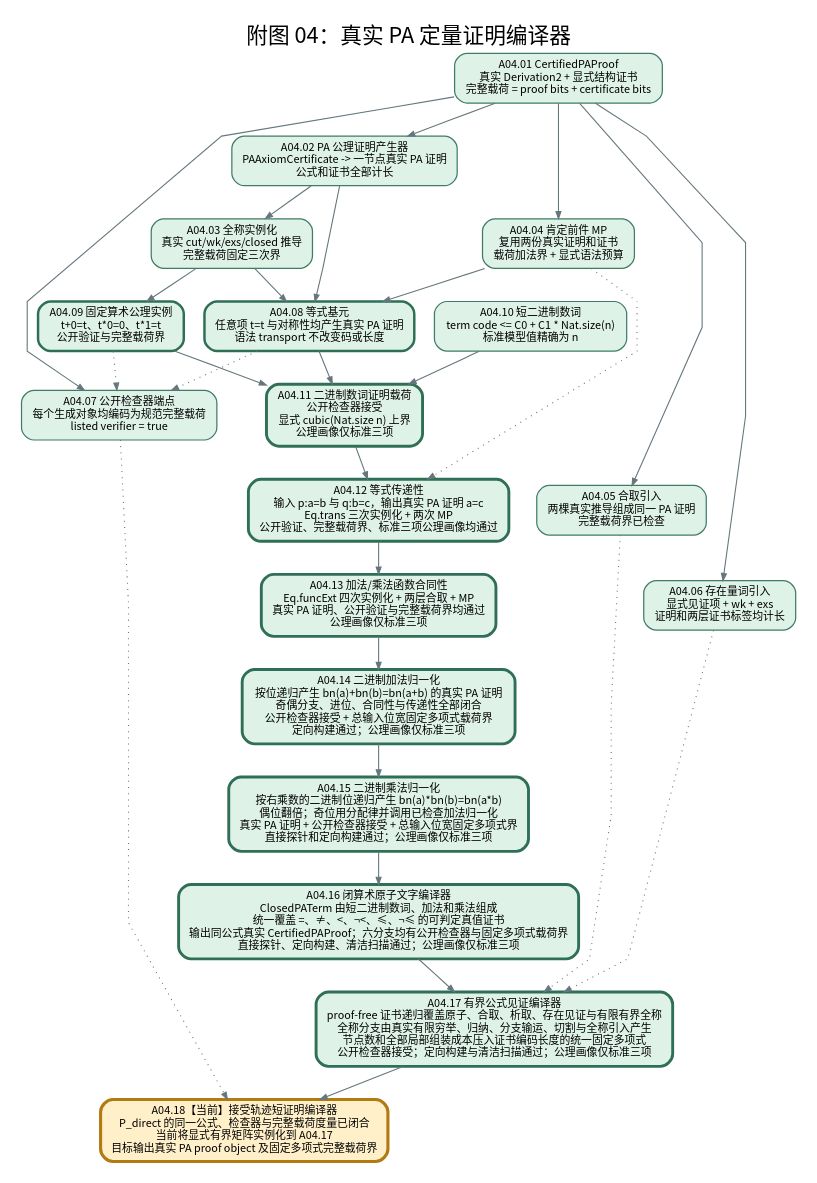
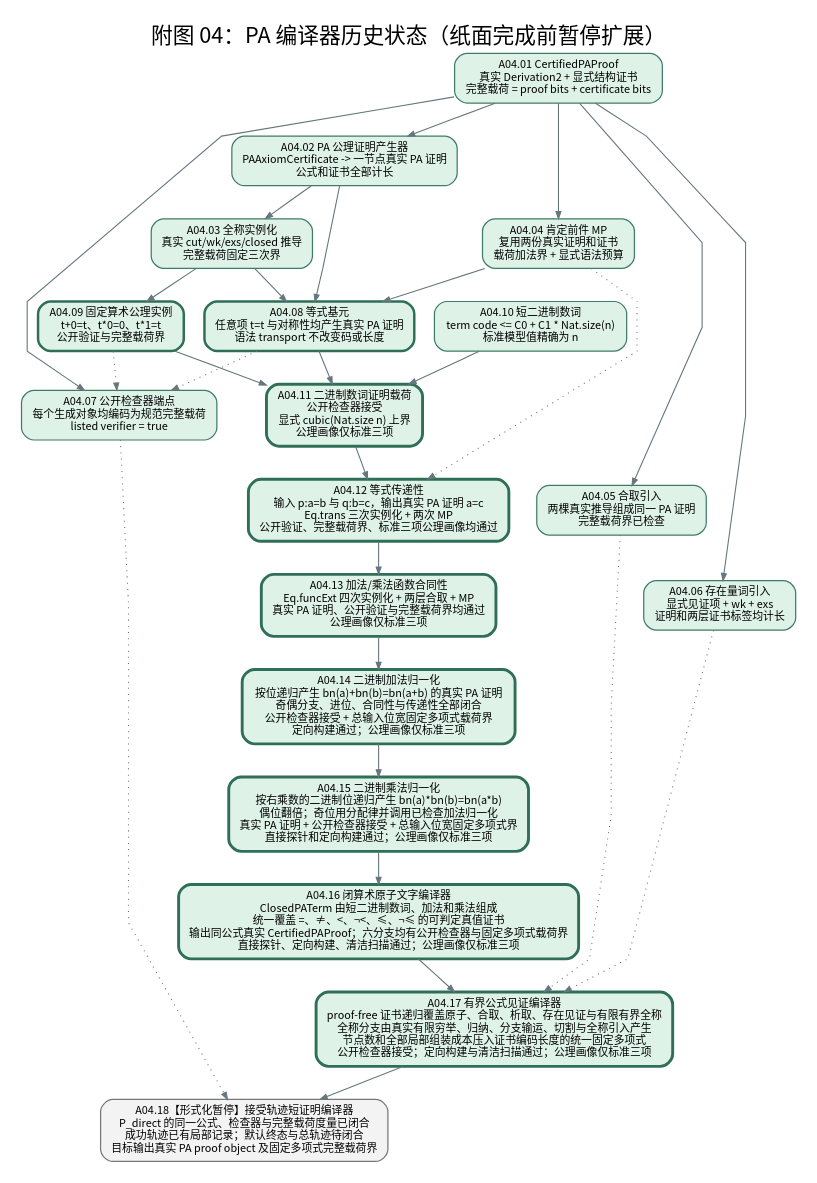
The diagram in docs/checked_minproof_appendix_04_pa_quantitative_compiler_zh.dot (james130012/sondow-pudlak-collision-box), drawn with Graphviz before and after one commit. The commit also changed 290 other files, not shown here.

```diff
--- a/docs/checked_minproof_appendix_04_pa_quantitative_compiler_zh.dot
+++ b/docs/checked_minproof_appendix_04_pa_quantitative_compiler_zh.dot
@@ -1,187 +1,187 @@
 digraph PAQuantitativeCompilerAppendix {
   graph [
     rankdir=TB,
     bgcolor="white",
     splines=polyline,
     nodesep="0.28",
     ranksep="0.44",
     pad="0.18",
     size="11,16!",
     ratio=compress,
     fontname="Noto Sans CJK SC",
     fontsize=21,
-    label="附图 04：真实 PA 定量证明编译器",
+    label="附图 04：PA 编译器历史状态（纸面完成前暂停扩展）",
     labelloc="t"
   ];
   node [shape=box, style="rounded,filled", fontname="Noto Sans CJK SC",
     fontsize=10.5, color="#526d75", fillcolor="#f3f3f3",
     margin="0.14,0.09", penwidth=1.2];
   edge [fontname="Noto Sans CJK SC", fontsize=8.5, color="#65777d",
     arrowsize=0.68, penwidth=1.05];
 
   honest [
     node_id="A04.01", status="done",
     endpoint_theorem="CertifiedPAProof.payloadLength_eq",
     source="integration/FoundationCompactPAQuantitativeCompilerCore.lean",
     appendix="04", next_obligation="none",
     label="A04.01 CertifiedPAProof\n真实 Derivation2 + 显式结构证书\n完整载荷 = proof bits + certificate bits",
     fillcolor="#dff2e8", color="#3f7c66"
   ];
   axiom_node [
     node_id="A04.02", status="done",
     endpoint_theorem="CertifiedPAProof.ofAxiom_payloadLength_le",
     source="integration/FoundationCompactPAQuantitativeCompilerCore.lean",
     appendix="04", next_obligation="none",
     label="A04.02 PA 公理证明产生器\nPAAxiomCertificate -> 一节点真实 PA 证明\n公式和证书全部计长",
     fillcolor="#dff2e8", color="#3f7c66"
   ];
   specialize_node [
     node_id="A04.03", status="done",
     endpoint_theorem="CertifiedPAProof.specialize_payloadLength_le_cost",
     source="integration/FoundationCompactPAQuantitativeCompilerCore.lean",
     appendix="04", next_obligation="none",
     label="A04.03 全称实例化\n真实 cut/wk/exs/closed 推导\n完整载荷固定三次界",
     fillcolor="#dff2e8", color="#3f7c66"
   ];
   mp_node [
     node_id="A04.04", status="done",
     endpoint_theorem="CertifiedPAProof.modusPonens_payloadLength_le",
     source="integration/FoundationCompactPAQuantitativeCompilerCore.lean",
     appendix="04", next_obligation="none",
     label="A04.04 肯定前件 MP\n复用两份真实证明和证书\n载荷加法界 + 显式语法预算",
     fillcolor="#dff2e8", color="#3f7c66"
   ];
   conjunction_node [
     node_id="A04.05", status="done",
     endpoint_theorem="CertifiedPAProof.conjunction_payloadLength_le",
     source="integration/FoundationCompactPAQuantitativeCompilerCore.lean",
     appendix="04", next_obligation="none",
     label="A04.05 合取引入\n两棵真实推导组成同一 PA 证明\n完整载荷界已检查",
     fillcolor="#dff2e8", color="#3f7c66"
   ];
   exists_node [
     node_id="A04.06", status="done",
     endpoint_theorem="CertifiedPAProof.existsIntro_payloadLength_le",
     source="integration/FoundationCompactPAQuantitativeCompilerCore.lean",
     appendix="04", next_obligation="none",
     label="A04.06 存在量词引入\n显式见证项 + wk + exs\n证明和两层证书标签均计长",
     fillcolor="#dff2e8", color="#3f7c66"
   ];
   verifier_node [
     node_id="A04.07", status="done",
     endpoint_theorem="CertifiedPAProof.verifier_eq_true",
     source="integration/FoundationCompactPAQuantitativeCompilerCore.lean",
     appendix="04", next_obligation="none",
     label="A04.07 公开检查器端点\n每个生成对象均编码为规范完整载荷\nlisted verifier = true",
     fillcolor="#dff2e8", color="#3f7c66"
   ];
   equality_node [
     node_id="A04.08", status="done",
     endpoint_theorem="proveEqualityReflexivity / proveEqualitySymmetry",
     source="integration/FoundationCompactPAQuantitativeCompilerCore.lean",
     appendix="04", next_obligation="transitivity and function congruence",
     label="A04.08 等式基元\n任意项 t=t 与对称性均产生真实 PA 证明\n语法 transport 不改变码或长度",
     fillcolor="#dff2e8", color="#2f6f57", penwidth=2.4
   ];
   zero_node [
     node_id="A04.09", status="done",
     endpoint_theorem="proveAddZero / proveMulZero / proveMulOne",
     source="integration/FoundationCompactPAQuantitativeCompilerCore.lean",
     appendix="04", next_obligation="nontrivial arithmetic normalization",
     label="A04.09 固定算术公理实例\nt+0=t、t*0=0、t*1=t\n公开验证与完整载荷界",
     fillcolor="#dff2e8", color="#2f6f57", penwidth=2.4
   ];
   binary_syntax [
     node_id="A04.10", status="done",
     endpoint_theorem="binaryNumeralTerm_code_length_le_size",
     source="integration/FoundationCompactBinaryNumeralTerm.lean",
     appendix="04", next_obligation="none",
     label="A04.10 短二进制数词\nterm code <= C0 + C1 * Nat.size(n)\n标准模型值精确为 n",
     fillcolor="#dff2e8", color="#3f7c66"
   ];
   binary_bound [
     node_id="A04.11", status="done",
     endpoint_theorem="proveBinaryNumeralReflexivity_payloadLength_le",
     source="integration/FoundationCompactPABinaryNumeralCompiler.lean",
     appendix="04", next_obligation="binary add/mul normalization",
     label="A04.11 二进制数词证明载荷\n公开检查器接受\n显式 cubic(Nat.size n) 上界\n公理画像仅标准三项",
     fillcolor="#dff2e8", color="#2f6f57", penwidth=2.8
   ];
   transitivity [
     node_id="A04.12", status="done",
     endpoint_theorem="proveEqualityTransitivity + full payload bound",
     source="integration/FoundationCompactPAQuantitativeEqualityTransitivity.lean",
     appendix="04", next_obligation="none",
     label="A04.12 等式传递性\n输入 p:a=b 与 q:b=c，输出真实 PA 证明 a=c\nEq.trans 三次实例化 + 两次 MP\n公开验证、完整载荷界、标准三项公理画像均通过",
     fillcolor="#dff2e8", color="#2f6f57", penwidth=2.8
   ];
   congruence [
     node_id="A04.13", status="done",
     endpoint_theorem="proveAddCongruence / proveMulCongruence + verifier + full payload bounds",
     source="integration/FoundationCompactPAQuantitativeFunctionCongruence.lean",
     appendix="04", next_obligation="none",
     label="A04.13 加法/乘法函数合同性\nEq.funcExt 四次实例化 + 两层合取 + MP\n真实 PA 证明、公开验证与完整载荷界均通过\n公理画像仅标准三项",
     fillcolor="#dff2e8", color="#2f6f57", penwidth=2.8
   ];
   binary_add [
     node_id="A04.14", status="done",
     endpoint_theorem="FoundationCompactPABinaryNumeralAdditionBounds.proveBinaryNumeralAddition_checked_polynomial",
     source="integration/FoundationCompactPABinaryNumeralAdditionBounds.lean",
     appendix="04", next_obligation="none",
     label="A04.14 二进制加法归一化\n按位递归产生 bn(a)+bn(b)=bn(a+b) 的真实 PA 证明\n奇偶分支、进位、合同性与传递性全部闭合\n公开检查器接受 + 总输入位宽固定多项式载荷界\n定向构建通过；公理画像仅标准三项",
     fillcolor="#dff2e8", color="#2f6f57", penwidth=2.8
   ];
   binary_mul [
     node_id="A04.15", status="done",
     endpoint_theorem="FoundationCompactPABinaryNumeralMultiplicationBounds.proveBinaryNumeralMultiplication_checked_polynomial",
     source="integration/FoundationCompactPABinaryNumeralMultiplicationBounds.lean",
     appendix="04", next_obligation="none",
     label="A04.15 二进制乘法归一化\n按右乘数的二进制位递归产生 bn(a)*bn(b)=bn(a*b)\n偶位翻倍；奇位用分配律并调用已检查加法归一化\n真实 PA 证明 + 公开检查器接受 + 总输入位宽固定多项式界\n直接探针和定向构建通过；公理画像仅标准三项",
     fillcolor="#dff2e8", color="#2f6f57", penwidth=2.8
   ];
   atomic [
     node_id="A04.16", status="done",
     endpoint_theorem="FoundationCompactPAClosedAtomicCompilerBounds.ClosedPATerm.ClosedPAAtomicLiteralBounds.compile_checked_polynomial",
     source="integration/FoundationCompactPAClosedAtomicCompiler.lean + integration/FoundationCompactPAClosedAtomicCompilerBounds.lean",
     appendix="04",
     next_obligation="none",
     label="A04.16 闭算术原子文字编译器\nClosedPATerm 由短二进制数词、加法和乘法组成\n统一覆盖 =、≠、<、¬<、≤、¬≤ 的可判定真值证书\n输出同公式真实 CertifiedPAProof；六分支均有公开检查器与固定多项式载荷界\n直接探针、定向构建、清洁扫描通过；公理画像仅标准三项",
     fillcolor="#dff2e8", color="#2f6f57", penwidth=2.8
   ];
   bounded [
     node_id="A04.17", status="done",
     endpoint_theorem="FoundationCompactPABoundedFormulaCompilerBounds.CheckedClosedBoundedFormulaCertificate.compile_checked_polynomial",
     source="integration/FoundationCompactPABoundedFormulaCompiler.lean + integration/FoundationCompactPABoundedFormulaCompilerBounds.lean + integration/FoundationCompactPABoundedUniversalPolynomialBounds.lean + integration/FoundationCompactPAFiniteExhaustionPayloadPolynomialBounds.lean",
     appendix="04", next_obligation="none",
     label="A04.17 有界公式见证编译器\nproof-free 证书递归覆盖原子、合取、析取、存在见证与有限有界全称\n全称分支由真实有限穷举、归纳、分支输运、切割与全称引入产生\n节点数和全部局部组装成本压入证书编码长度的统一固定多项式\n公开检查器接受；定向构建与清洁扫描通过；公理画像仅标准三项",
     fillcolor="#dff2e8", color="#2f6f57", penwidth=2.8
   ];
   accepted [
-    node_id="A04.18", status="active",
+    node_id="A04.18", status="formalization_paused",
     endpoint_theorem="accepted direct verifier trace -> short PA proof",
     source="integration/FoundationCompactPABoundedFormulaCompiler.lean + integration/FoundationCompactNumericListedDirectProofPredicateExactness.lean",
-    appendix="04", next_obligation="instantiate A04.17 at the fixed P_direct bounded matrix",
-    label="A04.18【当前】接受轨迹短证明编译器\nP_direct 的同一公式、检查器与完整载荷度量已闭合\n当前将显式有界矩阵实例化到 A04.17\n目标输出真实 PA proof object 及固定多项式完整载荷界",
-    fillcolor="#fff0c9", color="#b37a12", penwidth=3.0
+    appendix="04", next_obligation="resume after full paper proof; then close default endpoint, total trace and payload bound",
+    label="A04.18【形式化暂停】接受轨迹短证明编译器\nP_direct 的同一公式、检查器与完整载荷度量已闭合\n成功轨迹已有局部记录；默认终态与总轨迹待闭合\n目标输出真实 PA proof object 及固定多项式完整载荷界",
+    fillcolor="#f3f3f3", color="#777777", penwidth=1.2
   ];
 
   honest -> axiom_node -> specialize_node;
   honest -> mp_node;
   honest -> conjunction_node;
   honest -> exists_node;
   axiom_node -> equality_node;
   specialize_node -> equality_node;
   mp_node -> equality_node;
   specialize_node -> zero_node;
   honest -> verifier_node;
   equality_node -> verifier_node [style=dotted];
   zero_node -> verifier_node [style=dotted];
   binary_syntax -> binary_bound;
   equality_node -> binary_bound;
   zero_node -> binary_bound;
   binary_bound -> transitivity -> congruence -> binary_add -> binary_mul -> atomic -> bounded -> accepted;
   mp_node -> transitivity [style=dotted];
   conjunction_node -> bounded [style=dotted];
   exists_node -> bounded [style=dotted];
   verifier_node -> accepted [style=dotted];
 }
```
